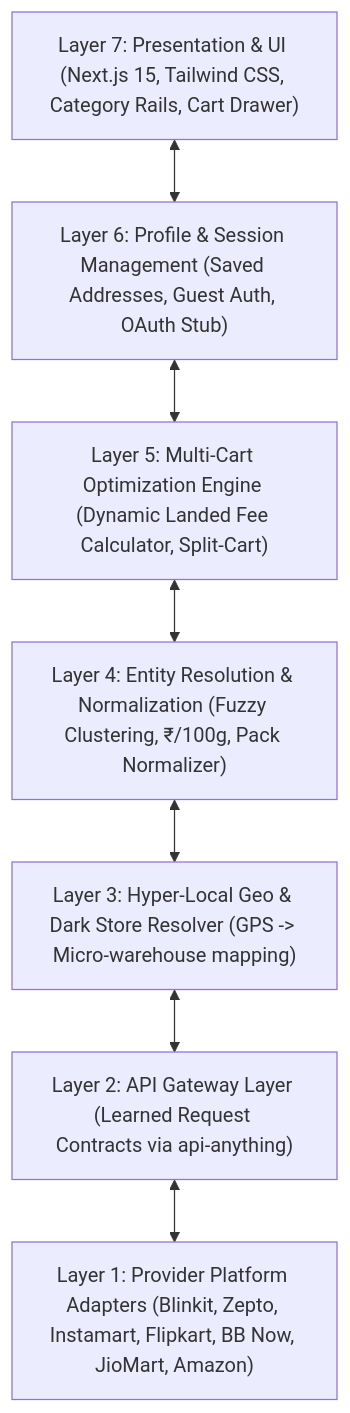
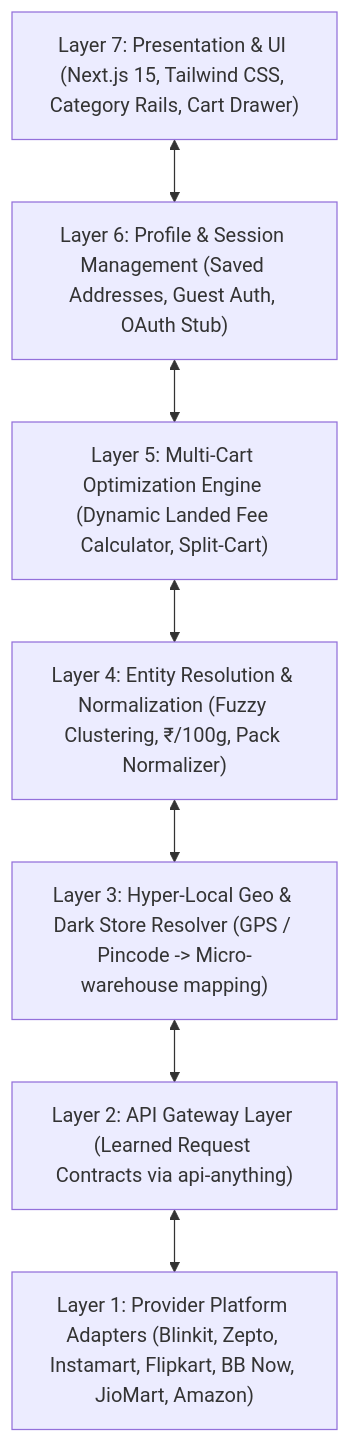
Before and after one commit to krrish-codes-it/Quick-Apps: the diagram in README.md, drawn with Mermaid. The commit also changed other lines of this file, not shown here.

````diff
--- a/README.md
+++ b/README.md
@@ -62,17 +72,17 @@
 ```mermaid
 flowchart TD
     L7["Layer 7: Presentation & UI (Next.js 15, Tailwind CSS, Category Rails, Cart Drawer)"]
     L6["Layer 6: Profile & Session Management (Saved Addresses, Guest Auth, OAuth Stub)"]
     L5["Layer 5: Multi-Cart Optimization Engine (Dynamic Landed Fee Calculator, Split-Cart)"]
     L4["Layer 4: Entity Resolution & Normalization (Fuzzy Clustering, ₹/100g, Pack Normalizer)"]
-    L3["Layer 3: Hyper-Local Geo & Dark Store Resolver (GPS -> Micro-warehouse mapping)"]
+    L3["Layer 3: Hyper-Local Geo & Dark Store Resolver (GPS / Pincode -> Micro-warehouse mapping)"]
     L2["Layer 2: API Gateway Layer (Learned Request Contracts via api-anything)"]
     L1["Layer 1: Provider Platform Adapters (Blinkit, Zepto, Instamart, Flipkart, BB Now, JioMart, Amazon)"]
 
     L7 <--> L6
     L6 <--> L5
     L5 <--> L4
     L4 <--> L3
     L3 <--> L2
     L2 <--> L1
 ```
````
